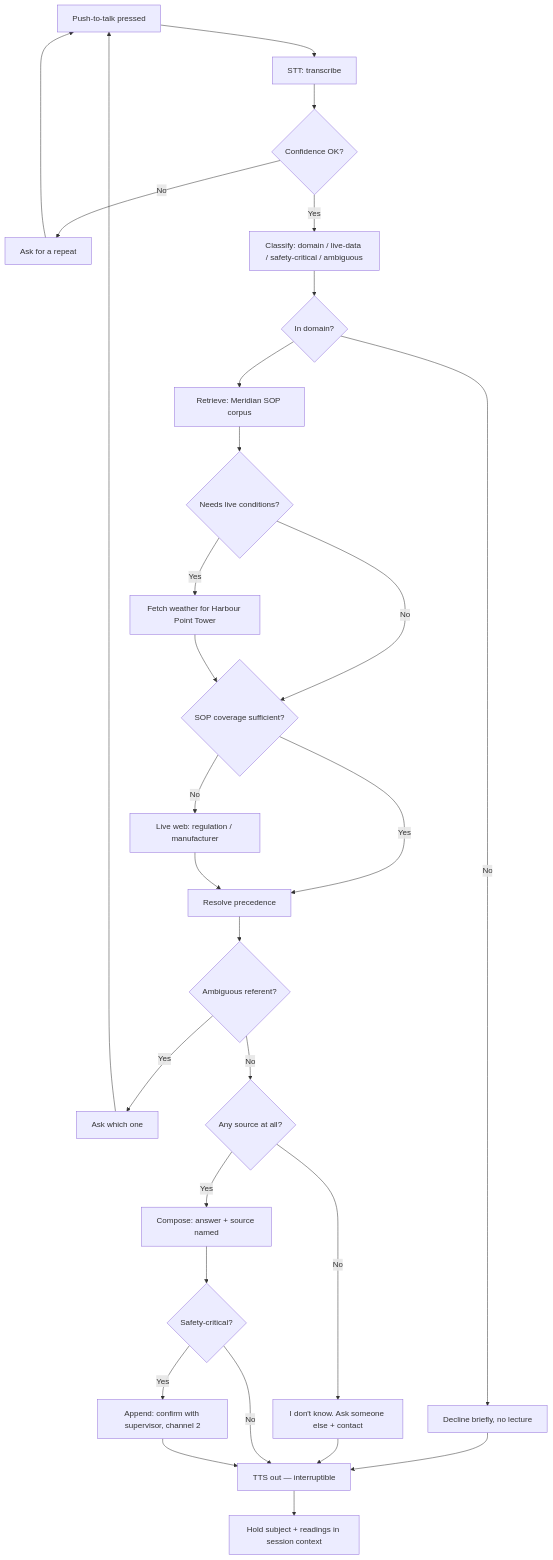
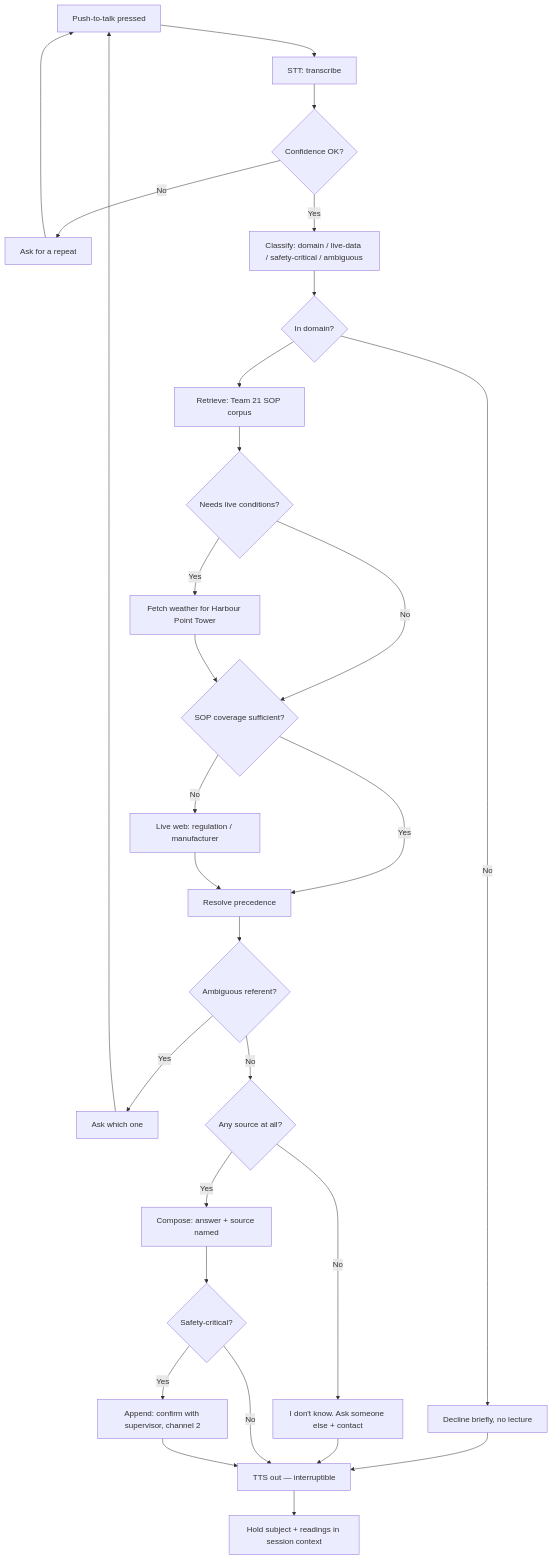
One commit to ssuvorin/BUILDERS-3 changed the diagram in specs/001-site-voice-assistant/user-flows.md. Above: the diagram before and after it, drawn with Mermaid. The commit also changed other lines of this file and 22 other files, not shown here.

````diff
--- a/specs/001-site-voice-assistant/user-flows.md
+++ b/specs/001-site-voice-assistant/user-flows.md
@@ -19,27 +19,27 @@
 ```mermaid
 flowchart TD
     A[Push-to-talk pressed] --> B[STT: transcribe]
     B --> C{Confidence OK?}
     C -->|No| C1[Ask for a repeat] --> A
     C -->|Yes| D[Classify: domain / live-data / safety-critical / ambiguous]
     D --> E{In domain?}
     E -->|No| E1[Decline briefly, no lecture] --> Z
-    E --> F[Retrieve: Meridian SOP corpus]
+    E --> F[Retrieve: Team 21 SOP corpus]
     F --> G{Needs live conditions?}
     G -->|Yes| H[Fetch weather for Harbour Point Tower]
     G -->|No| I
     H --> I{SOP coverage sufficient?}
     I -->|No| J[Live web: regulation / manufacturer]
     I -->|Yes| K
     J --> K[Resolve precedence]
     K --> L{Ambiguous referent?}
     L -->|Yes| L1[Ask which one] --> A
     L -->|No| M{Any source at all?}
     M -->|No| M1[I don't know. Ask someone else + contact] --> Z
     M -->|Yes| N[Compose: answer + source named]
     N --> O{Safety-critical?}
     O -->|Yes| O1[Append: confirm with supervisor, channel 2]
     O -->|No| Z
     O1 --> Z[TTS out — interruptible]
     Z --> P[Hold subject + readings in session context]
 ```
````
